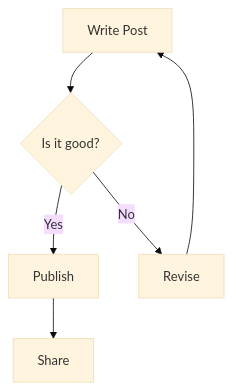
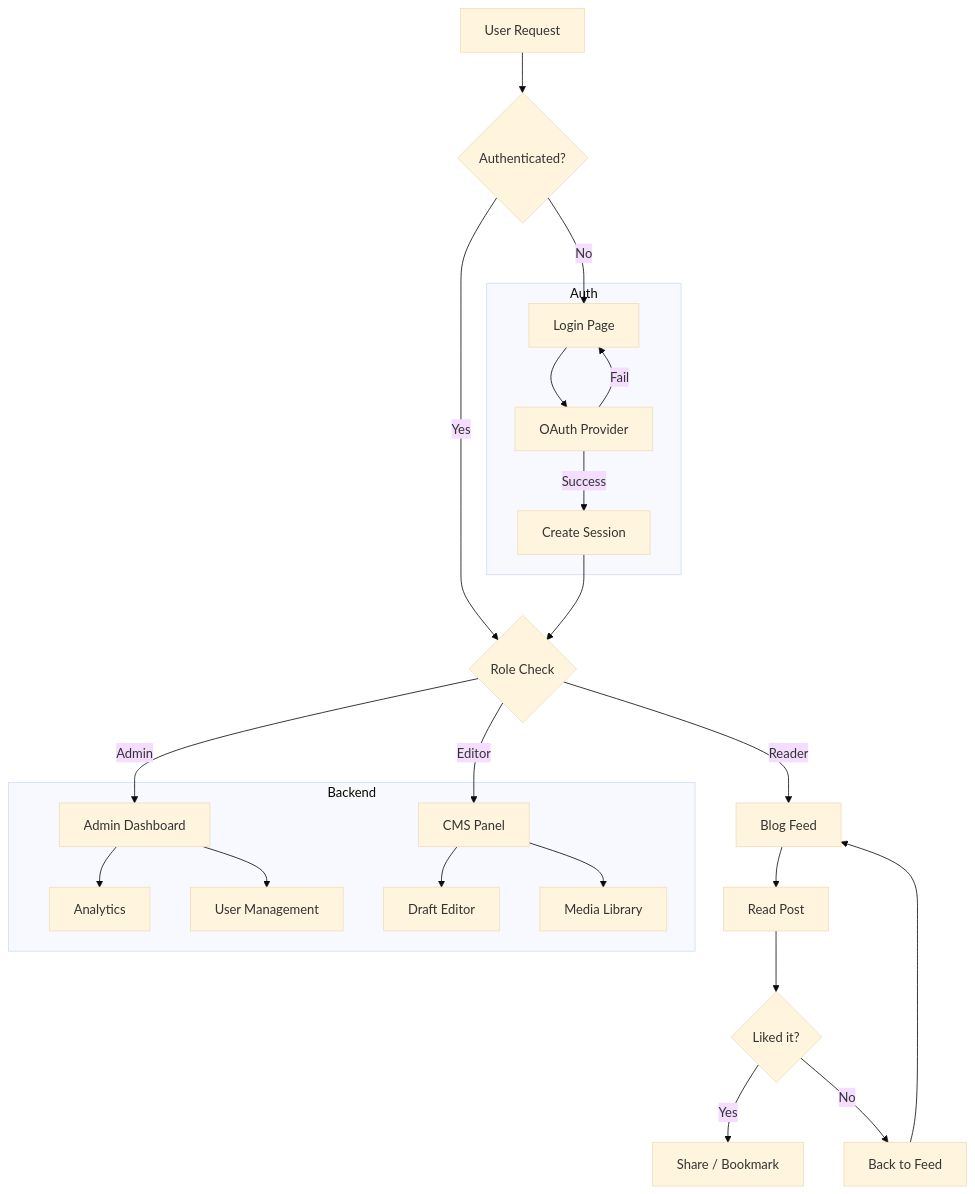
The first of 9 diagrams in content/posts/hello-world.md (absolutepraya/blog), drawn with Mermaid (base theme) before and after one commit. The commit also changed other lines of this file and 2 other files, not shown here.

First line of the commit message:
Align Mermaid theming to beautiful-mermaid Solarized palette

````diff
--- a/content/posts/hello-world.md
+++ b/content/posts/hello-world.md
@@ -152,8 +152,37 @@
 ```mermaid
 graph TD
-    A[Write Post] --> B{Is it good?}
-    B -->|Yes| C[Publish]
-    B -->|No| D[Revise]
-    D --> A
-    C --> E[Share]
+    A[User Request] --> B{Authenticated?}
+    B -->|Yes| C{Role Check}
+    B -->|No| D[Login Page]
+    D --> E[OAuth Provider]
+    E -->|Success| F[Create Session]
+    E -->|Fail| D
+    F --> C
+    C -->|Admin| G[Admin Dashboard]
+    C -->|Editor| H[CMS Panel]
+    C -->|Reader| I[Blog Feed]
+    G --> J[Analytics]
+    G --> K[User Management]
+    H --> L[Draft Editor]
+    H --> M[Media Library]
+    I --> N[Read Post]
+    N --> O{Liked it?}
+    O -->|Yes| P[Share / Bookmark]
+    O -->|No| Q[Back to Feed]
+    Q --> I
+
+    subgraph Auth
+        D
+        E
+        F
+    end
+
+    subgraph Backend
+        G
+        J
+        K
+        H
+        L
+        M
+    end
 ```
````
